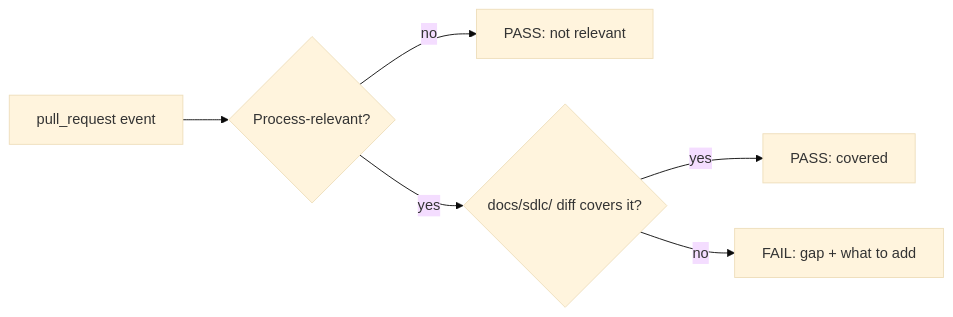
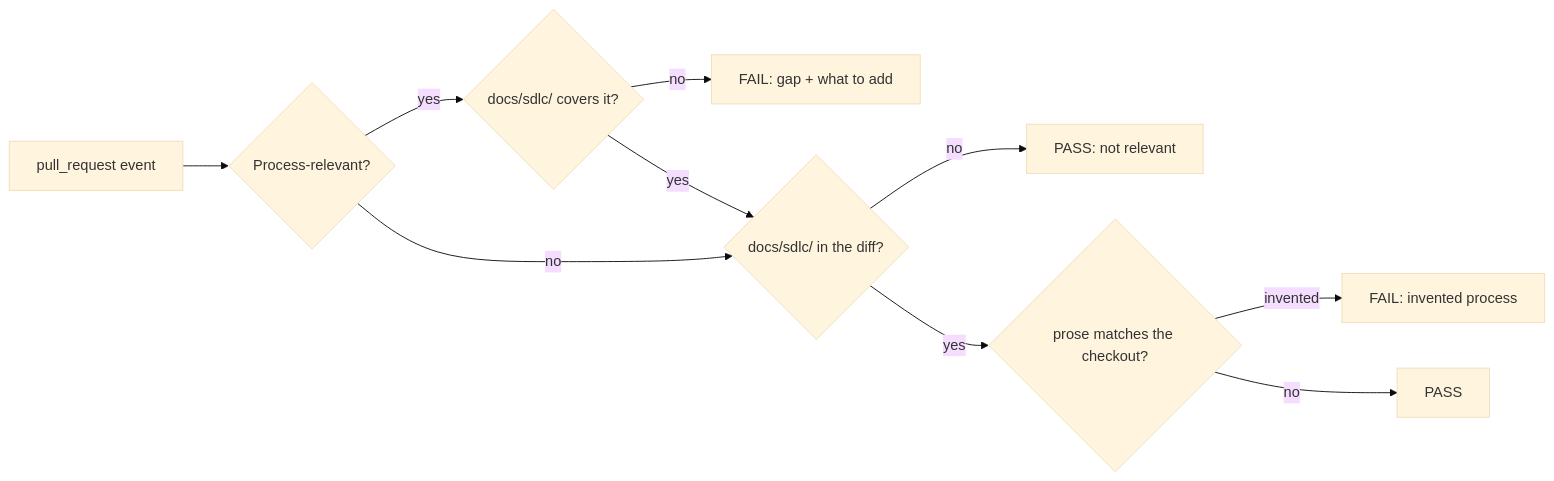
Before and after one commit to apptension/apptension-sdlc: the diagram in plugins/apptension-sdlc/skills/sdlc-docs-check/SKILL.md, drawn with Mermaid (base theme). The commit also changed other lines of this file and 41 other files, not shown here.

````diff
--- a/plugins/apptension-sdlc/skills/sdlc-docs-check/SKILL.md
+++ b/plugins/apptension-sdlc/skills/sdlc-docs-check/SKILL.md
@@ -48,8 +54,12 @@
 ```mermaid
 flowchart LR
     A[pull_request event] --> B{Process-relevant?}
-    B -- no --> P1[PASS: not relevant]
-    B -- yes --> C{docs/sdlc/ diff covers it?}
-    C -- yes --> P2[PASS: covered]
-    C -- no --> F[FAIL: gap + what to add]
+    B -- yes --> C{docs/sdlc/ covers it?}
+    C -- no --> F1[FAIL: gap + what to add]
+    C -- yes --> D
+    B -- no --> D{docs/sdlc/ in the diff?}
+    D -- no --> P1[PASS: not relevant]
+    D -- yes --> E{prose matches the checkout?}
+    E -- invented --> F2[FAIL: invented process]
+    E -- no --> P2[PASS]
 ```
````
